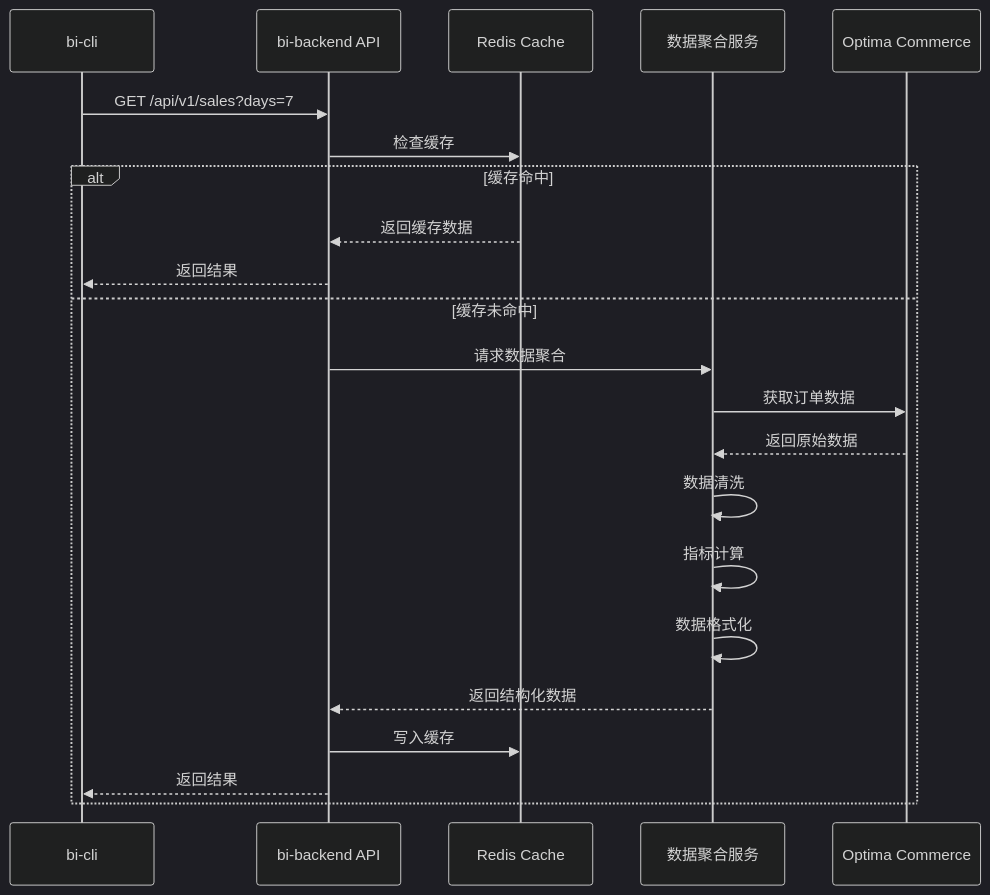
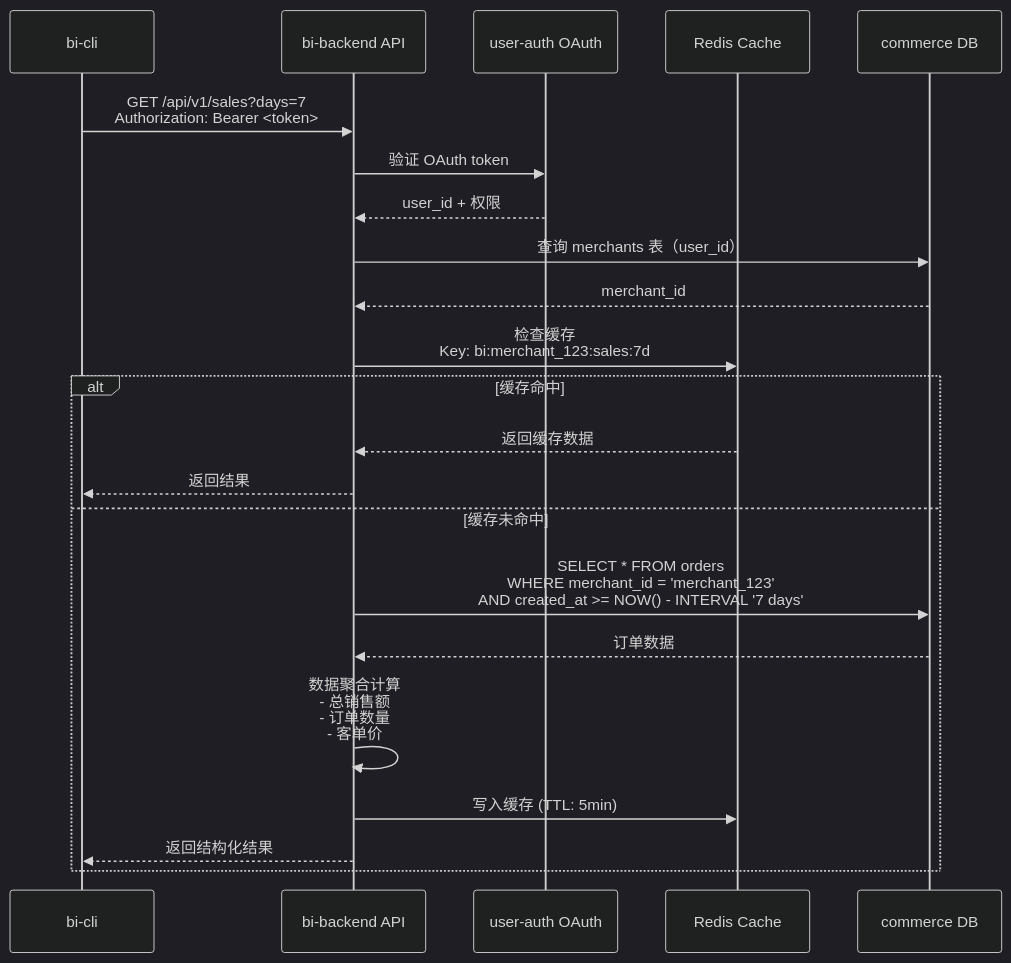
One commit to Optima-Chat/optima-bi changed the second of 3 diagrams in docs/tech-design.md. Above: the diagram before and after it, drawn with Mermaid (dark theme). The commit also changed other lines of this file and 1 other file, not shown here.

````diff
--- a/docs/tech-design.md
+++ b/docs/tech-design.md
@@ -381,26 +421,27 @@
 ```mermaid
 sequenceDiagram
     participant CLI as bi-cli
     participant API as bi-backend API
+    participant Auth as user-auth OAuth
     participant Cache as Redis Cache
-    participant Agg as 数据聚合服务
-    participant OC as Optima Commerce
+    participant DB as commerce DB
 
-    CLI->>API: GET /api/v1/sales?days=7
-    API->>Cache: 检查缓存
+    CLI->>API: GET /api/v1/sales?days=7<br/>Authorization: Bearer <token>
+    API->>Auth: 验证 OAuth token
+    Auth-->>API: user_id + 权限
+    API->>DB: 查询 merchants 表（user_id）
+    DB-->>API: merchant_id
+
+    API->>Cache: 检查缓存<br/>Key: bi:merchant_123:sales:7d
 
     alt 缓存命中
         Cache-->>API: 返回缓存数据
         API-->>CLI: 返回结果
     else 缓存未命中
-        API->>Agg: 请求数据聚合
-        Agg->>OC: 获取订单数据
-        OC-->>Agg: 返回原始数据
-        Agg->>Agg: 数据清洗
-        Agg->>Agg: 指标计算
-        Agg->>Agg: 数据格式化
-        Agg-->>API: 返回结构化数据
-        API->>Cache: 写入缓存
-        API-->>CLI: 返回结果
+        API->>DB: SELECT * FROM orders<br/>WHERE merchant_id = 'merchant_123'<br/>AND created_at >= NOW() - INTERVAL '7 days'
+        DB-->>API: 订单数据
+        API->>API: 数据聚合计算<br/>- 总销售额<br/>- 订单数量<br/>- 客单价
+        API->>Cache: 写入缓存 (TTL: 5min)
+        API-->>CLI: 返回结构化结果
     end
 ```
````
